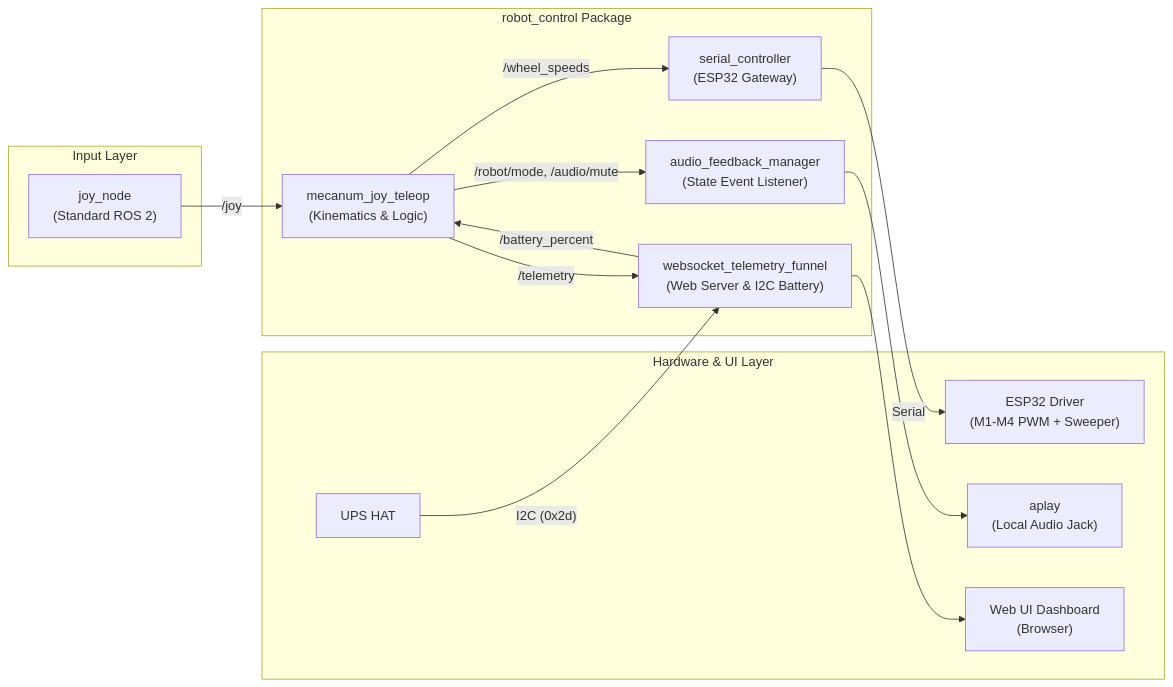
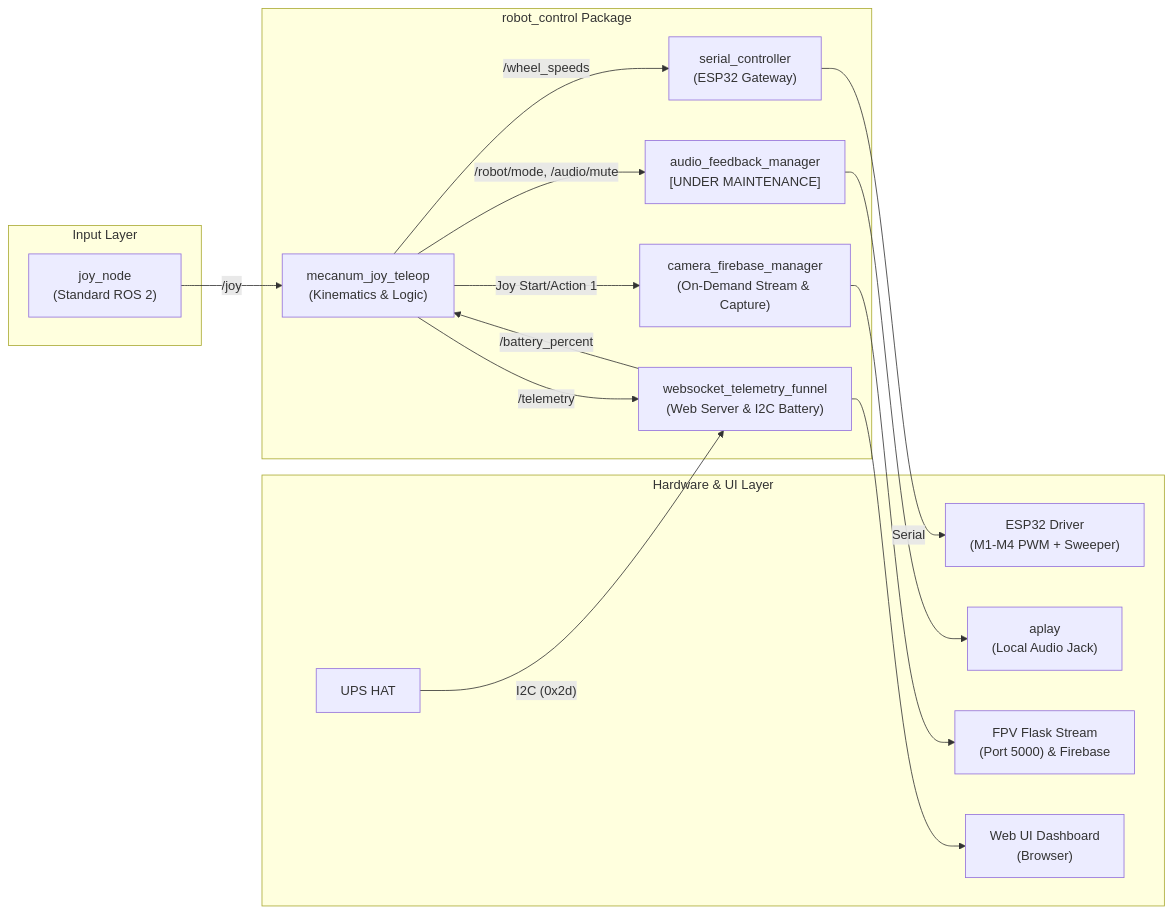
One commit to PanTiwon/RoboProject_Server changed the first of 2 diagrams in README.md. Above: the diagram before and after it, drawn with Mermaid. The commit also changed other lines of this file and 2 other files, not shown here.

Commit message:
feat: add local FPV camera stream and Firebase RTDB upload

````diff
--- a/README.md
+++ b/README.md
@@ -47,32 +47,36 @@
 ```mermaid
 flowchart LR
     subgraph Inputs ["Input Layer"]
         JoyNode["joy_node\n(Standard ROS 2)"]
     end
 
     subgraph Core ["robot_control Package"]
         Teleop["mecanum_joy_teleop\n(Kinematics & Logic)"]
         SerialNode["serial_controller\n(ESP32 Gateway)"]
-        AudioNode["audio_feedback_manager\n(State Event Listener)"]
+        CameraNode["camera_firebase_manager\n(On-Demand Stream & Capture)"]
+        AudioNode["audio_feedback_manager\n[UNDER MAINTENANCE]"]
         TelemetryNode["websocket_telemetry_funnel\n(Web Server & I2C Battery)"]
     end
 
     subgraph Outputs ["Hardware & UI Layer"]
         ESP32["ESP32 Driver\n(M1-M4 PWM + Sweeper)"]
         AudioOut["aplay\n(Local Audio Jack)"]
+        CameraOut["FPV Flask Stream\n(Port 5000) & Firebase"]
         Dashboard["Web UI Dashboard\n(Browser)"]
         UPS["UPS HAT\n(I2C)"]
     end
 
     JoyNode -->|/joy| Teleop
     Teleop -->|/wheel_speeds| SerialNode
     Teleop -->|/robot/mode, /audio/mute| AudioNode
     Teleop -->|/telemetry| TelemetryNode
+    Teleop -->|Joy Start/Action 1| CameraNode
     
     UPS["UPS HAT"] -->|"I2C (0x2d)"| TelemetryNode
     TelemetryNode -->|/battery_percent| Teleop
 
     SerialNode -->|Serial <M1,M2,M3,M4,Sw>| ESP32
     AudioNode --> AudioOut
+    CameraNode --> CameraOut
     TelemetryNode --> Dashboard
 ```
````
